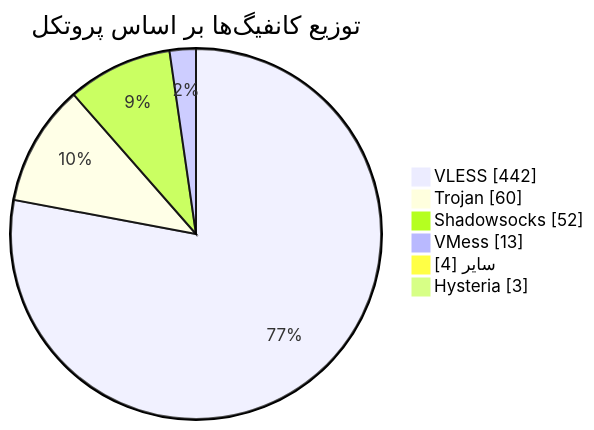
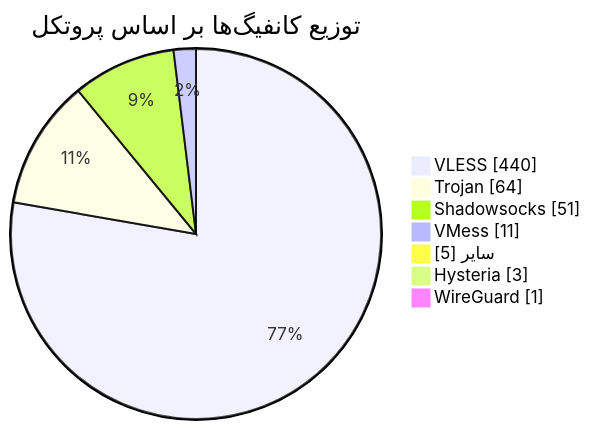
One commit to Arian-Alijani/Somthing changed the diagram in README.md. Above: the diagram before and after it, drawn with Mermaid. The commit also changed other lines of this file and 19 other files, not shown here.

````diff
--- a/README.md
+++ b/README.md
@@ -48,10 +49,11 @@
 ```mermaid
 pie showData
     title توزیع کانفیگ‌ها بر اساس پروتکل
-    "VLESS" : 442
-    "Trojan" : 60
-    "Shadowsocks" : 52
-    "VMess" : 13
-    "سایر" : 4
+    "VLESS" : 440
+    "Trojan" : 64
+    "Shadowsocks" : 51
+    "VMess" : 11
+    "سایر" : 5
     "Hysteria" : 3
+    "WireGuard" : 1
 ```
````
